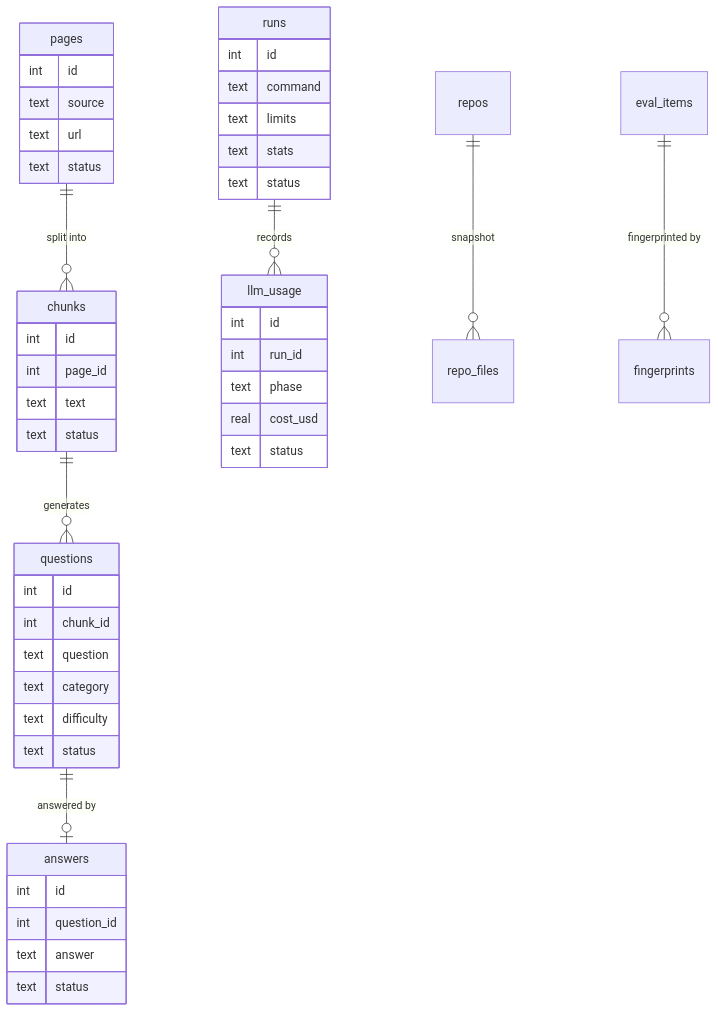
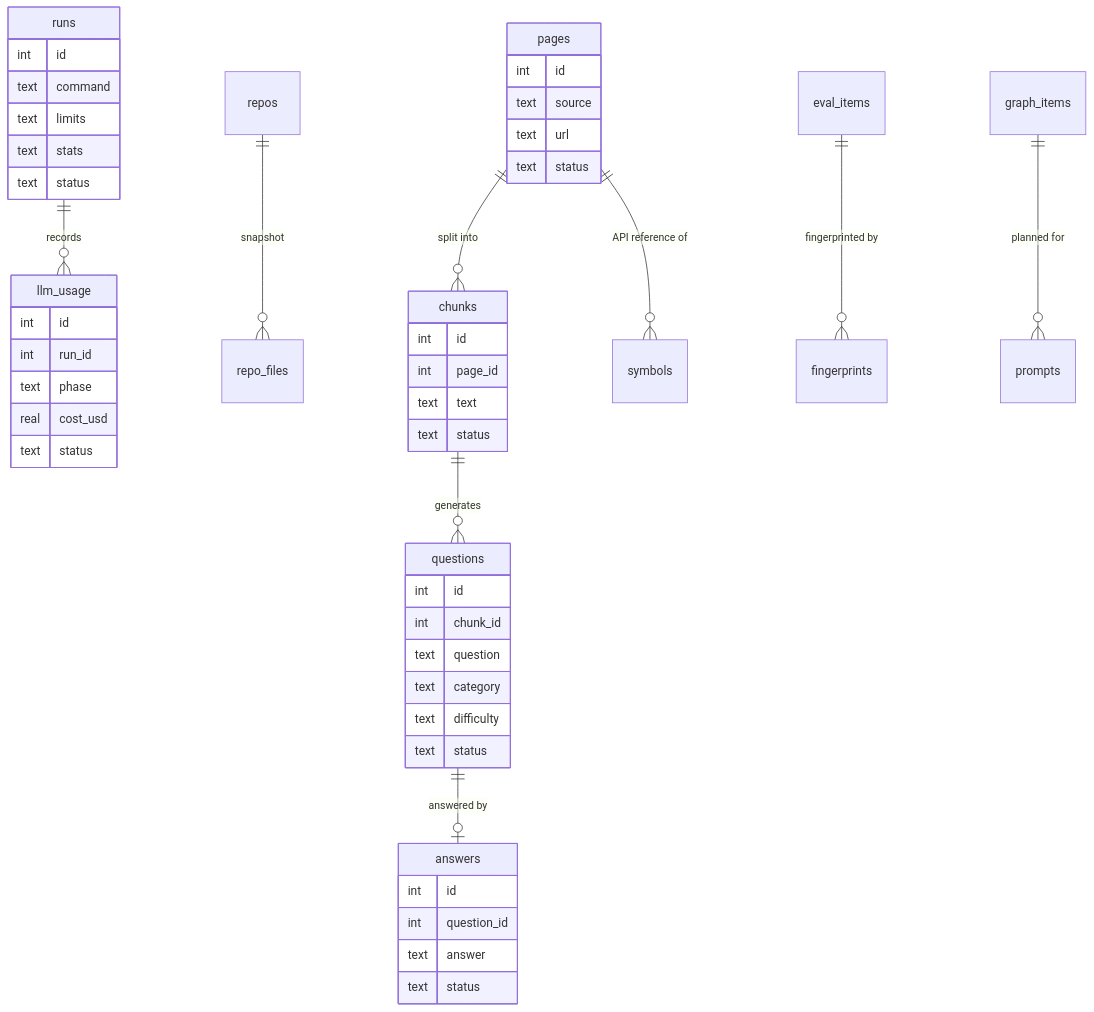
The diagram in docs/schemas.md (sajith-jeewantha/ballerina-sft-dataset-pipeline), drawn with Mermaid before and after one commit. The commit also changed other lines of this file and 28 other files, not shown here.

````diff
--- a/docs/schemas.md
+++ b/docs/schemas.md
@@ -7,49 +7,51 @@
 ```mermaid
 erDiagram
     pages ||--o{ chunks : "split into"
     chunks ||--o{ questions : "generates"
     questions ||--o| answers : "answered by"
     runs ||--o{ llm_usage : "records"
     repos ||--o{ repo_files : "snapshot"
     eval_items ||--o{ fingerprints : "fingerprinted by"
+    graph_items ||--o{ prompts : "planned for"
+    pages ||--o{ symbols : "API reference of"
     pages {
         int id
         text source
         text url
         text status
     }
     chunks {
         int id
         int page_id
         text text
         text status
     }
     questions {
         int id
         int chunk_id
         text question
         text category
         text difficulty
         text status
     }
     answers {
         int id
         int question_id
         text answer
         text status
     }
     runs {
         int id
         text command
         text limits
         text stats
         text status
     }
     llm_usage {
         int id
         int run_id
         text phase
         real cost_usd
         text status
     }
 ```
````
